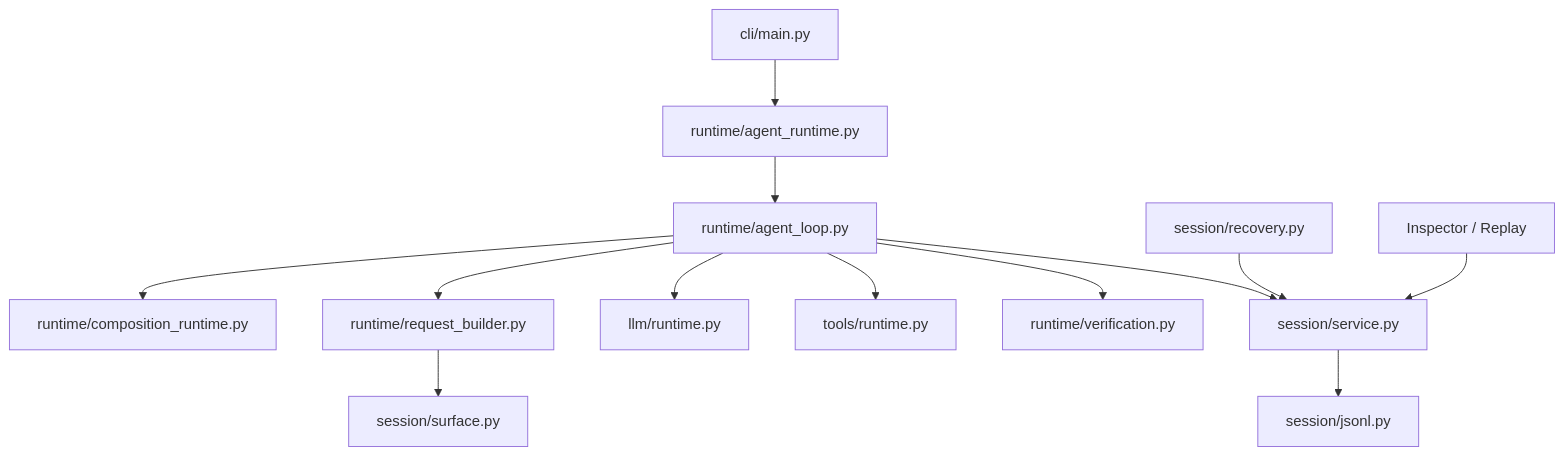
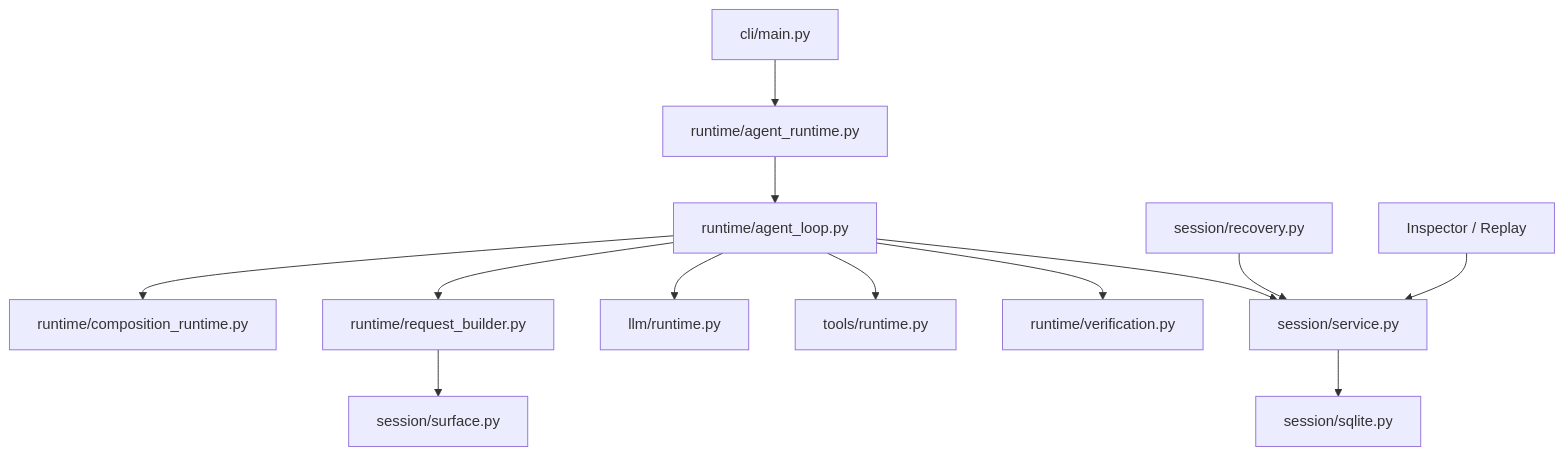
One commit to uboyme/traceHarness changed the third of 11 diagrams in docs/code-walkthrough-zh.md. Above: the diagram before and after it, drawn with Mermaid. The commit also changed other lines of this file and 57 other files, not shown here.

````diff
--- a/docs/code-walkthrough-zh.md
+++ b/docs/code-walkthrough-zh.md
@@ -87,15 +87,15 @@
 ```mermaid
 flowchart TD
     CLI["cli/main.py"] --> AR["runtime/agent_runtime.py"]
     AR --> AL["runtime/agent_loop.py"]
     AL --> CR["runtime/composition_runtime.py"]
     AL --> RB["runtime/request_builder.py"]
     AL --> LR["llm/runtime.py"]
     AL --> TR["tools/runtime.py"]
     AL --> CV["runtime/verification.py"]
     AL --> SS["session/service.py"]
     RB --> SP["session/surface.py"]
-    SS --> JS["session/jsonl.py"]
+    SS --> JS["session/sqlite.py"]
     REC["session/recovery.py"] --> SS
     INS["Inspector / Replay"] --> SS
 ```
````
